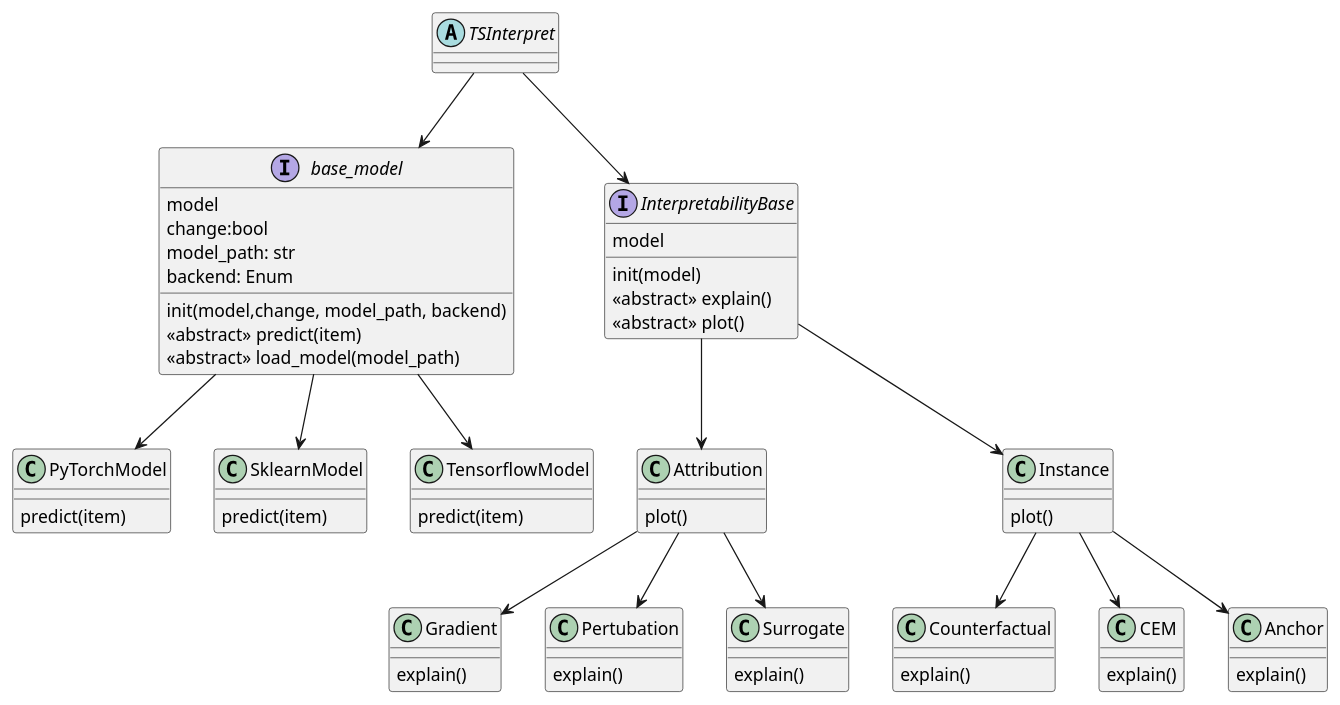
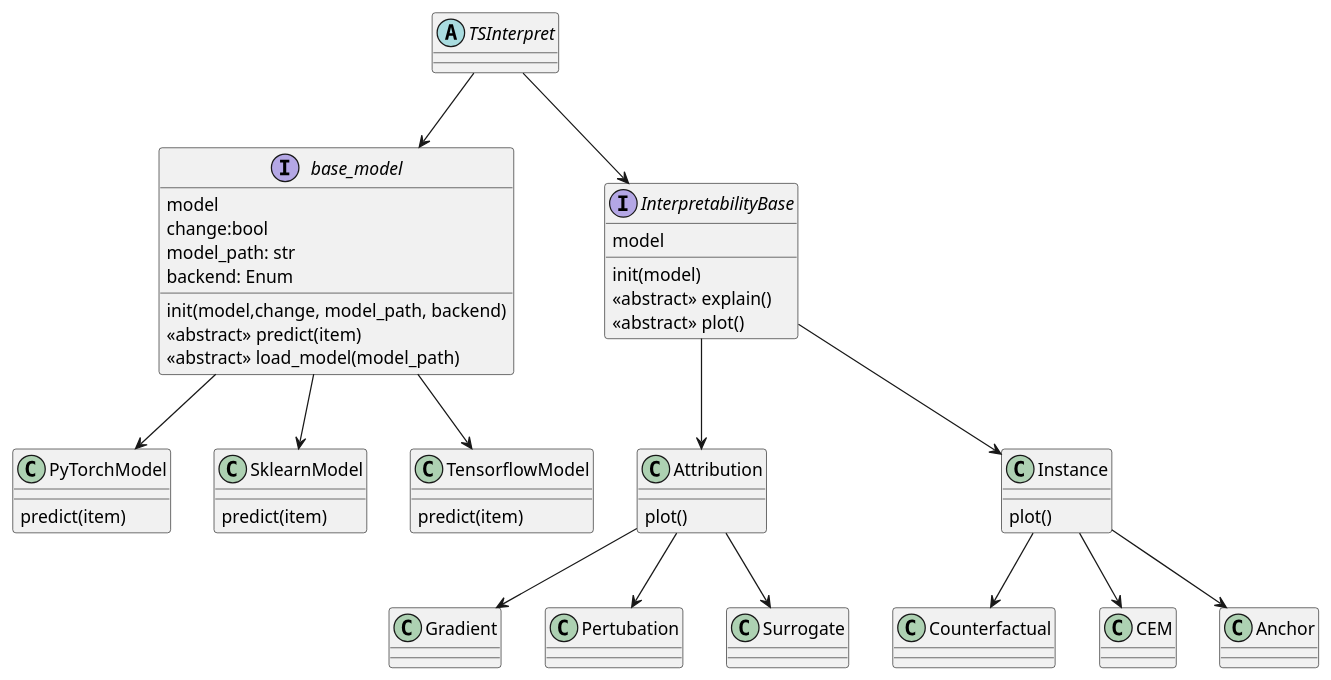
Before and after one commit to fzi-forschungszentrum-informatik/TSInterpret: the diagram in Architecture.puml, drawn with PlantUML. The commit also changed 8 other files, not shown here.

```diff
--- a/Architecture.puml
+++ b/Architecture.puml
@@ -1,82 +1,76 @@
 @startuml
 
 abstract TSInterpret {
 }
 interface base_model {
     model
     change:bool    
     model_path: str  
     backend: Enum
     init(model,change, model_path, backend)
     <<abstract>> predict(item)
     <<abstract>> load_model(model_path)
 }
 
 interface InterpretabilityBase {
     model
     init(model)
     <<abstract>> explain()
     <<abstract>> plot()
 }
 
 
 class PyTorchModel {
 
     predict(item)
 
 }
 
 class SklearnModel {
 
     predict(item)
 }
 class TensorflowModel {
 
     predict(item)
 }
 class Attribution {
      plot()
 }
 class Gradient {
-explain()
     
 }
 class Pertubation {
-explain()
 
 }
 class Surrogate {
-explain()
 
 }
 class Instance {
   plot()
 }
 
 class Counterfactual {
-explain()
 
 }
 class CEM {
-explain()
 
 }
 class Anchor {
-explain()
 }
 
 TSInterpret --> base_model
 TSInterpret --> InterpretabilityBase
 base_model --> PyTorchModel
 base_model --> SklearnModel
 base_model --> TensorflowModel
 InterpretabilityBase --> Attribution
 InterpretabilityBase --> Instance
 Attribution --> Gradient
 Attribution --> Pertubation
 Attribution --> Surrogate
 Instance --> Counterfactual 
 Instance -->  CEM
 Instance --> Anchor
 
 @enduml
```
